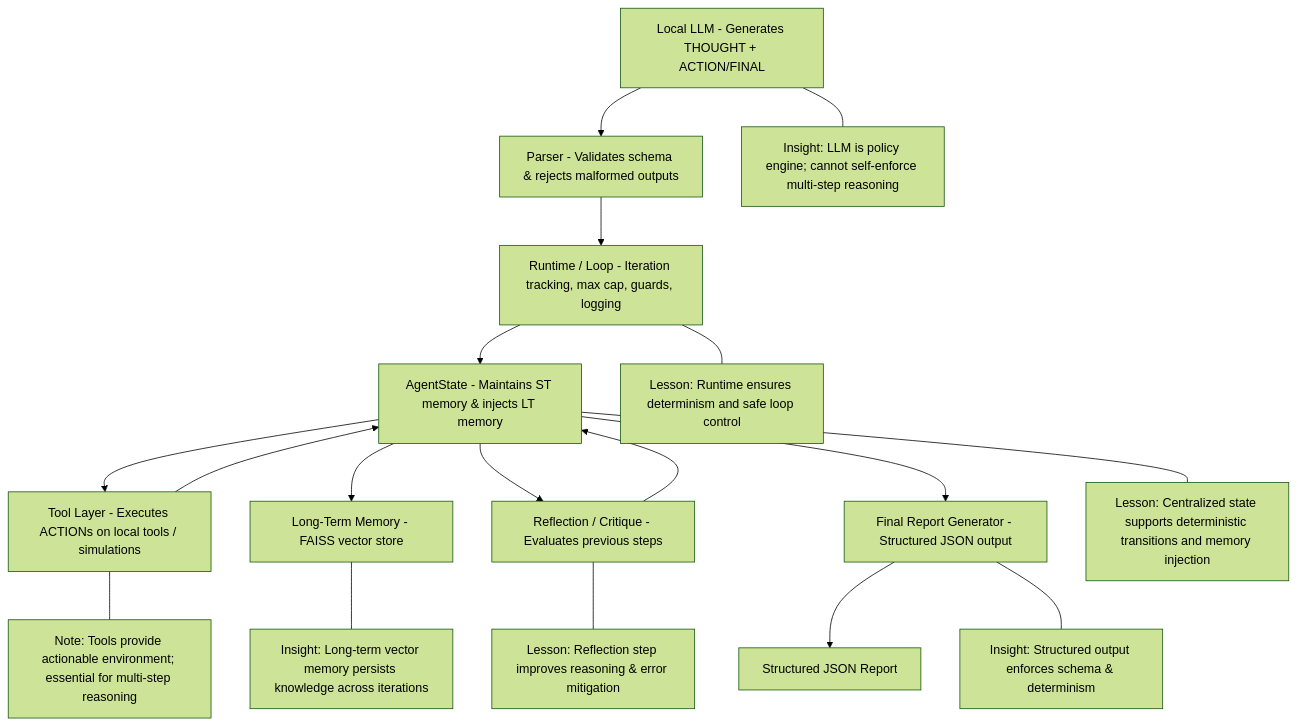
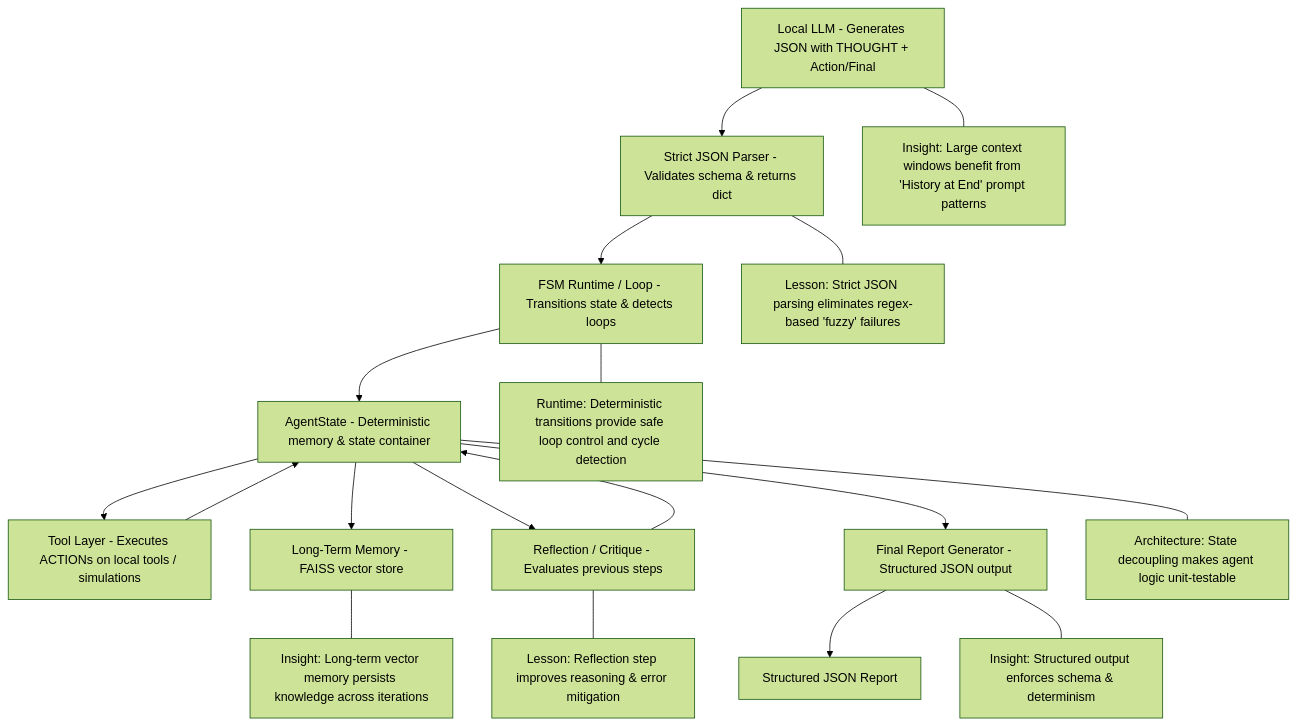
One commit to w01fS/research-agent changed the first of 5 diagrams in README.md. Above: the diagram before and after it, drawn with Mermaid (forest theme). The commit also changed other lines of this file and 1 other file, not shown here.

````diff
--- a/README.md
+++ b/README.md
@@ -28,29 +28,29 @@
 ```mermaid
 flowchart TD
 
 %% Core Components
-LLM[Local LLM - Generates THOUGHT + ACTION/FINAL]
-Parser[Parser - Validates schema & rejects malformed outputs]
-Runtime[Runtime / Loop - Iteration tracking, max cap, guards, logging]
+LLM[Local LLM - Generates JSON with THOUGHT + Action/Final]
+Parser[Strict JSON Parser - Validates schema & returns dict]
+FSM[FSM Runtime / Loop - Transitions state & detects loops]
 Tools[Tool Layer - Executes ACTIONs on local tools / simulations]
-AgentState[AgentState - Maintains ST memory & injects LT memory]
+AgentState[AgentState - Deterministic memory & state container]
 FAISS[Long-Term Memory - FAISS vector store]
 Reflection[Reflection / Critique - Evaluates previous steps]
 FinalReport[Final Report Generator - Structured JSON output]
 
 %% Data Flow
-LLM --> Parser --> Runtime --> AgentState --> Tools --> AgentState
+LLM --> Parser --> FSM --> AgentState --> Tools --> AgentState
 AgentState --> FAISS
 AgentState --> Reflection --> AgentState
 AgentState --> FinalReport
 FinalReport --> Output[Structured JSON Report]
 
 %% Notes (optional)
-LLM --- LLMNote[Insight: LLM is policy engine; cannot self-enforce multi-step reasoning]
-Runtime --- RuntimeNote[Lesson: Runtime ensures determinism and safe loop control]
-Tools --- ToolsNote[Note: Tools provide actionable environment; essential for multi-step reasoning]
-AgentState --- StateNote[Lesson: Centralized state supports deterministic transitions and memory injection]
+LLM --- LLMNote[Insight: Large context windows benefit from 'History at End' prompt patterns]
+Parser --- ParserNote[Lesson: Strict JSON parsing eliminates regex-based 'fuzzy' failures]
+FSM --- FSMNote[Runtime: Deterministic transitions provide safe loop control and cycle detection]
+AgentState --- StateNote[Architecture: State decoupling makes agent logic unit-testable]
 FAISS --- FAISSNote[Insight: Long-term vector memory persists knowledge across iterations]
 Reflection --- ReflectionNote[Lesson: Reflection step improves reasoning & error mitigation]
 FinalReport --- ReportNote[Insight: Structured output enforces schema & determinism]
 ```
````
